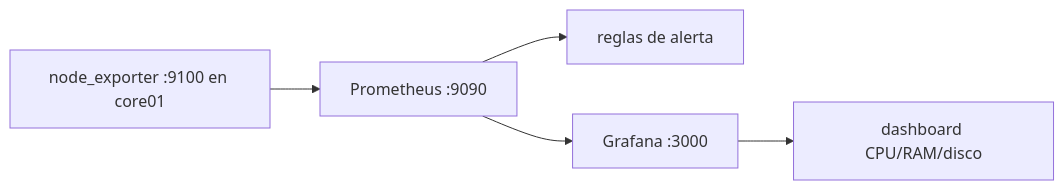
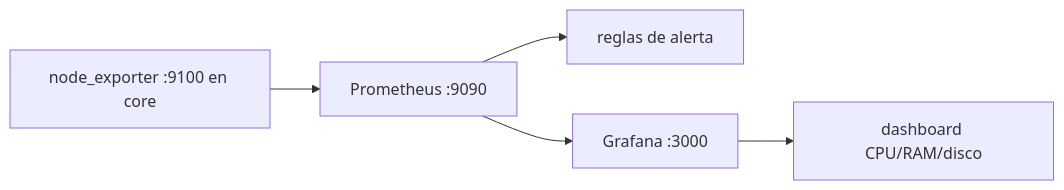
The diagram in docs/laboratorios/04-observabilidad.md (rudemex/oscar-homelab), drawn with Mermaid before and after one commit. The commit also changed other lines of this file and 65 other files, not shown here.

````diff
--- a/docs/laboratorios/04-observabilidad.md
+++ b/docs/laboratorios/04-observabilidad.md
@@ -22,7 +22,7 @@
 ```mermaid
 flowchart LR
-  NodeExp[node_exporter :9100 en core01] --> Prom[Prometheus :9090]
+  NodeExp[node_exporter :9100 en core] --> Prom[Prometheus :9090]
   Prom --> Rules[reglas de alerta]
   Prom --> Graf[Grafana :3000]
   Graf --> Dash[dashboard CPU/RAM/disco]
 ```
````
